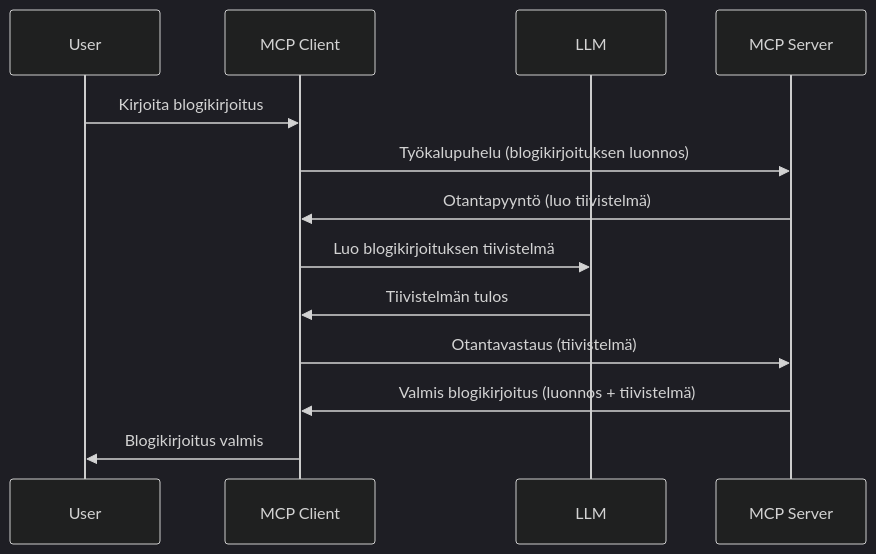
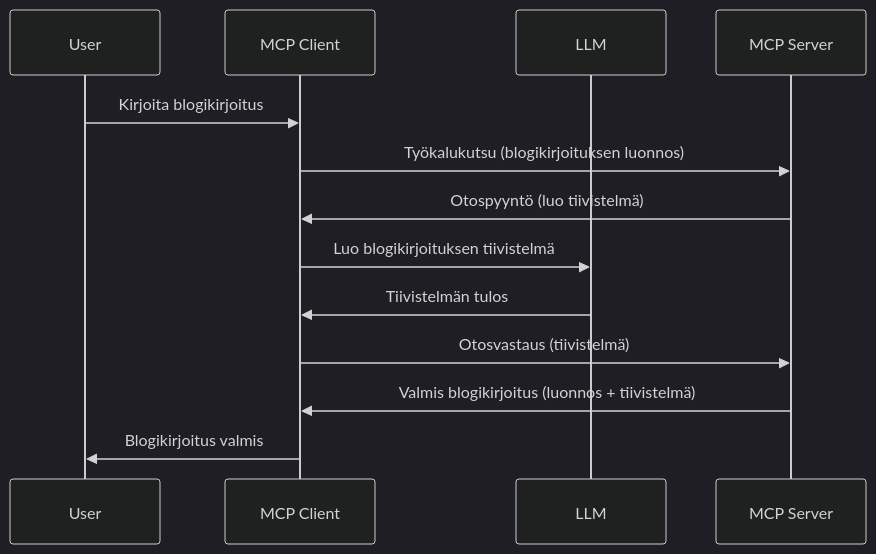
Before and after one commit to HIDORAKAI002/ai-workspace-archive: the diagram in mcp_ecosystem__model_context_protocol/mcp_learning_resources/mcp-for-beginners/translations/fi/03-GettingStarted/14-sampling/README.md, drawn with Mermaid (dark theme). The commit also changed other lines of this file and 1539 other files, not shown here.

````diff
--- a/mcp_ecosystem__model_context_protocol/mcp_learning_resources/mcp-for-beginners/translations/fi/03-GettingStarted/14-sampling/README.md
+++ b/mcp_ecosystem__model_context_protocol/mcp_learning_resources/mcp-for-beginners/translations/fi/03-GettingStarted/14-sampling/README.md
@@ -23,16 +23,16 @@
 ```mermaid
 sequenceDiagram
     participant User
     participant MCP Client
     participant LLM
     participant MCP Server
 
     User->>MCP Client: Kirjoita blogikirjoitus
-    MCP Client->>MCP Server: Työkalupuhelu (blogikirjoituksen luonnos)
-    MCP Server->>MCP Client: Otantapyyntö (luo tiivistelmä)
+    MCP Client->>MCP Server: Työkalukutsu (blogikirjoituksen luonnos)
+    MCP Server->>MCP Client: Otospyyntö (luo tiivistelmä)
     MCP Client->>LLM: Luo blogikirjoituksen tiivistelmä
     LLM->>MCP Client: Tiivistelmän tulos
-    MCP Client->>MCP Server: Otantavastaus (tiivistelmä)
+    MCP Client->>MCP Server: Otosvastaus (tiivistelmä)
     MCP Server->>MCP Client: Valmis blogikirjoitus (luonnos + tiivistelmä)
     MCP Client->>User: Blogikirjoitus valmis
 ```
````
